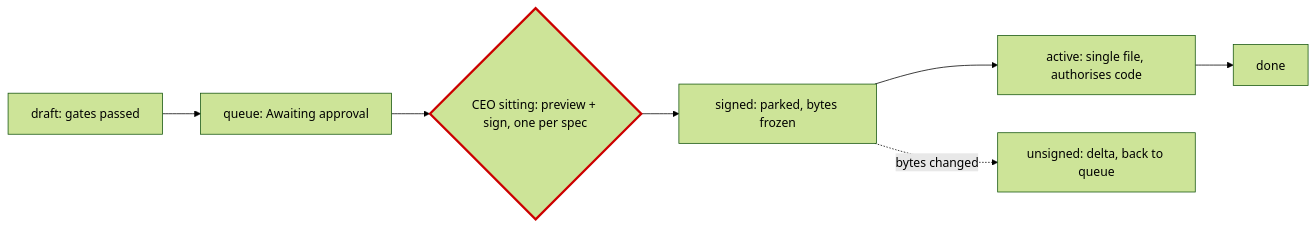
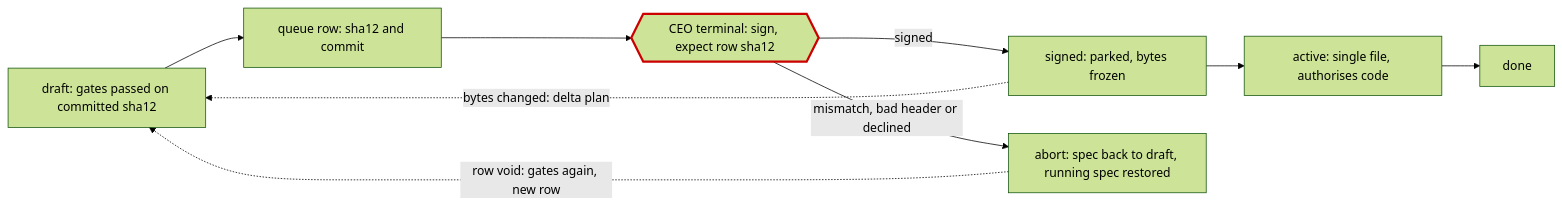
One commit to GktuOktay/claude-agency-v2 changed the first of 2 diagrams in specs/draft/0009-approval-cadence.md. Above: the diagram before and after it, drawn with Mermaid (forest theme). The commit also changed other lines of this file and 7 other files, not shown here.

First line of the commit message:
docs(spec): 0004 delta for always-auto sessions, gate findings folded; 0009 round 3; ADR 0001 update

````diff
--- a/specs/draft/0009-approval-cadence.md
+++ b/specs/draft/0009-approval-cadence.md
@@ -78,11 +71,13 @@
 ```mermaid
 flowchart LR
-  A[draft: gates passed] --> B[queue: Awaiting approval]
-  B --> C{CEO sitting: preview + sign, one per spec}
-  C --> D[signed: parked, bytes frozen]
+  A[draft: gates passed on committed sha12] --> B[queue row: sha12 and commit]
+  B --> C{{CEO terminal: sign, expect row sha12}}
+  C -- signed --> D[signed: parked, bytes frozen]
+  C -- mismatch, bad header or declined --> X[abort: spec back to draft, running spec restored]
+  X -. row void: gates again, new row .-> A
   D --> E[active: single file, authorises code]
+  D -. bytes changed: delta plan .-> A
   E --> F[done]
-  D -. bytes changed .-> G[unsigned: delta, back to queue]
   classDef ceo stroke:#c00,stroke-width:3px
   class C ceo
 ```
````
